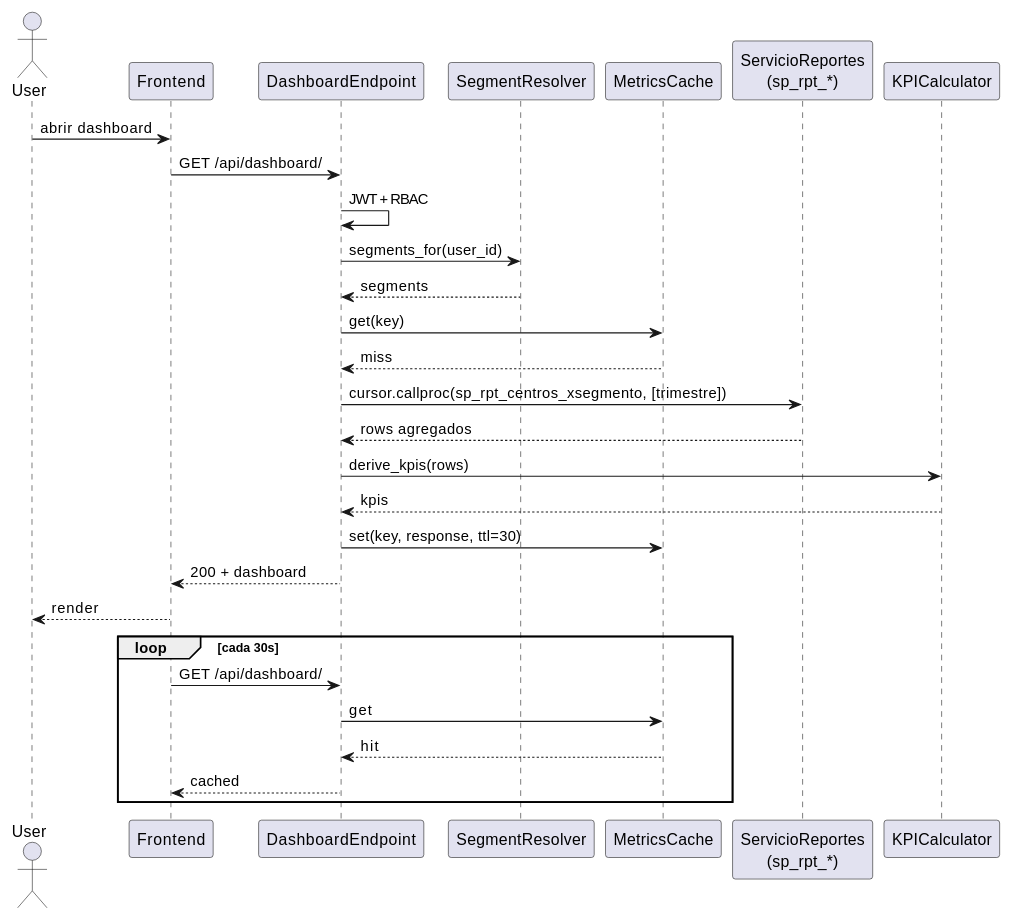
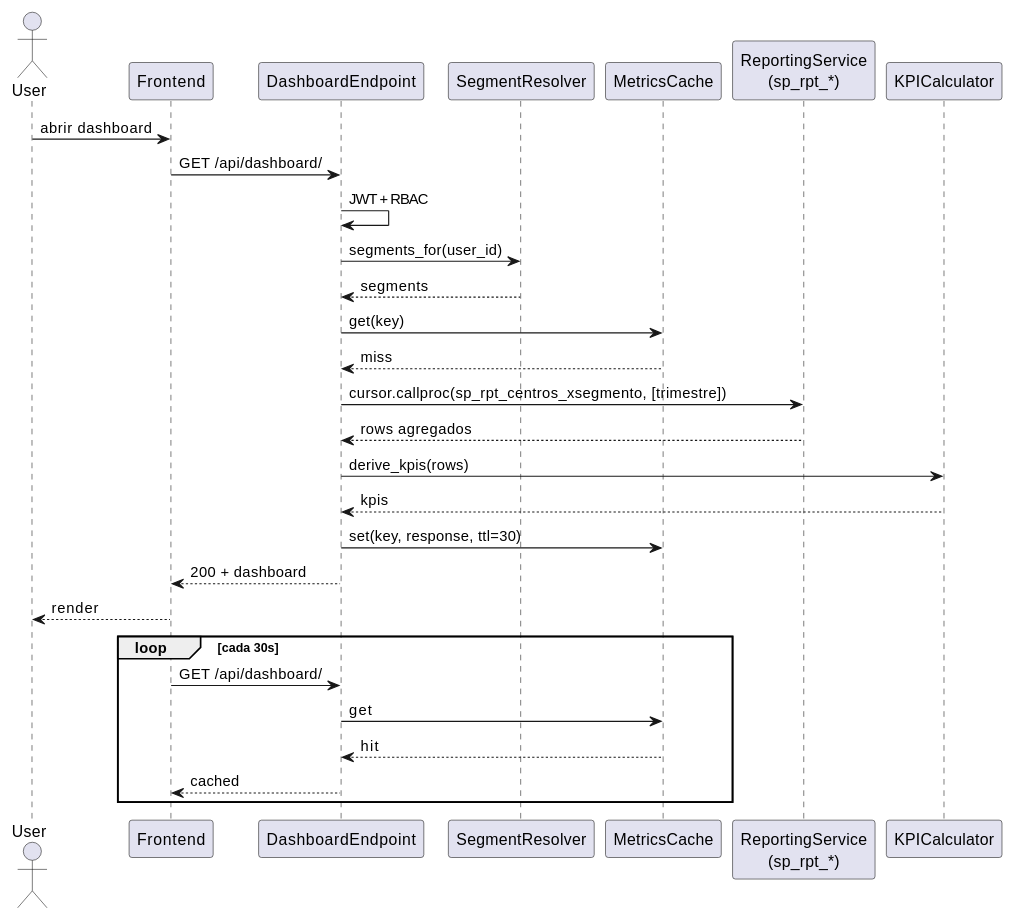
One commit to jcg-admin/IACT-docs changed the diagram in source/requisitos/casos-uso/reports/uc-rpt-01/diagramas-uml/diagrama-de-secuencia.rst. Above: the diagram before and after it, drawn with PlantUML. The commit also changed 79 other files, not shown here.

```diff
--- a/source/requisitos/casos-uso/reports/uc-rpt-01/diagramas-uml/diagrama-de-secuencia.rst
+++ b/source/requisitos/casos-uso/reports/uc-rpt-01/diagramas-uml/diagrama-de-secuencia.rst
@@ -4,36 +4,36 @@
 .. uml::
  :caption: UC_RPT_01 — secuencia
 
  @startuml
 
  actor "User" as User
  participant "Frontend" as Frontend
  participant "DashboardEndpoint" as Dashboardendpoint
  participant "SegmentResolver" as Segmentresolver
  participant "MetricsCache" as Metricscache
- participant "ServicioReportes\n(sp_rpt_*)" as Servicioreportes
+ participant "ReportingService\n(sp_rpt_*)" as Servicioreportes
  participant "KPICalculator" as Kpicalculator
 
  User -> Frontend: abrir dashboard
  Frontend -> Dashboardendpoint: GET /api/dashboard/
  Dashboardendpoint -> Dashboardendpoint: JWT + RBAC
  Dashboardendpoint -> Segmentresolver: segments_for(user_id)
  Segmentresolver --> Dashboardendpoint: segments
  Dashboardendpoint -> Metricscache: get(key)
  Metricscache --> Dashboardendpoint: miss
  Dashboardendpoint -> Servicioreportes: cursor.callproc(sp_rpt_centros_xsegmento, [trimestre])
  Servicioreportes --> Dashboardendpoint: rows agregados
  Dashboardendpoint -> Kpicalculator: derive_kpis(rows)
  Kpicalculator --> Dashboardendpoint: kpis
  Dashboardendpoint -> Metricscache: set(key, response, ttl=30)
  Dashboardendpoint --> Frontend: 200 + dashboard
  Frontend --> User: render
 
  loop cada 30s
    Frontend -> Dashboardendpoint: GET /api/dashboard/
    Dashboardendpoint -> Metricscache: get
    Metricscache --> Dashboardendpoint: hit
    Dashboardendpoint --> Frontend: cached
  end
 
  @enduml
```
